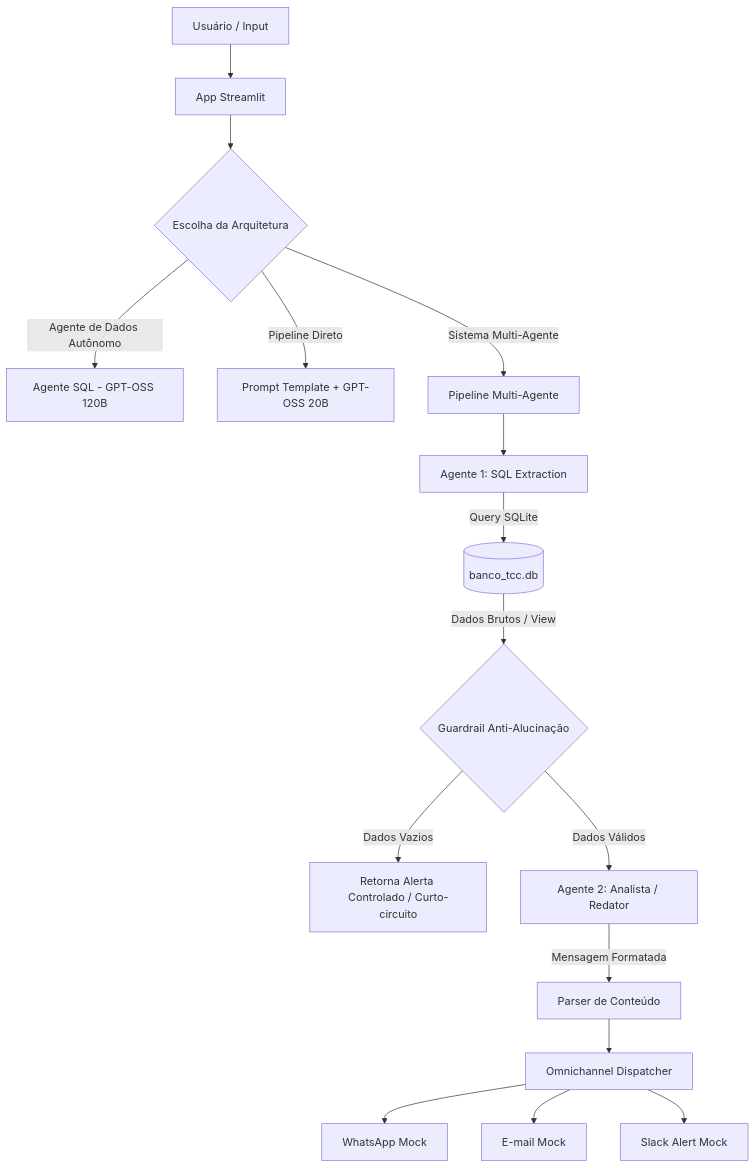
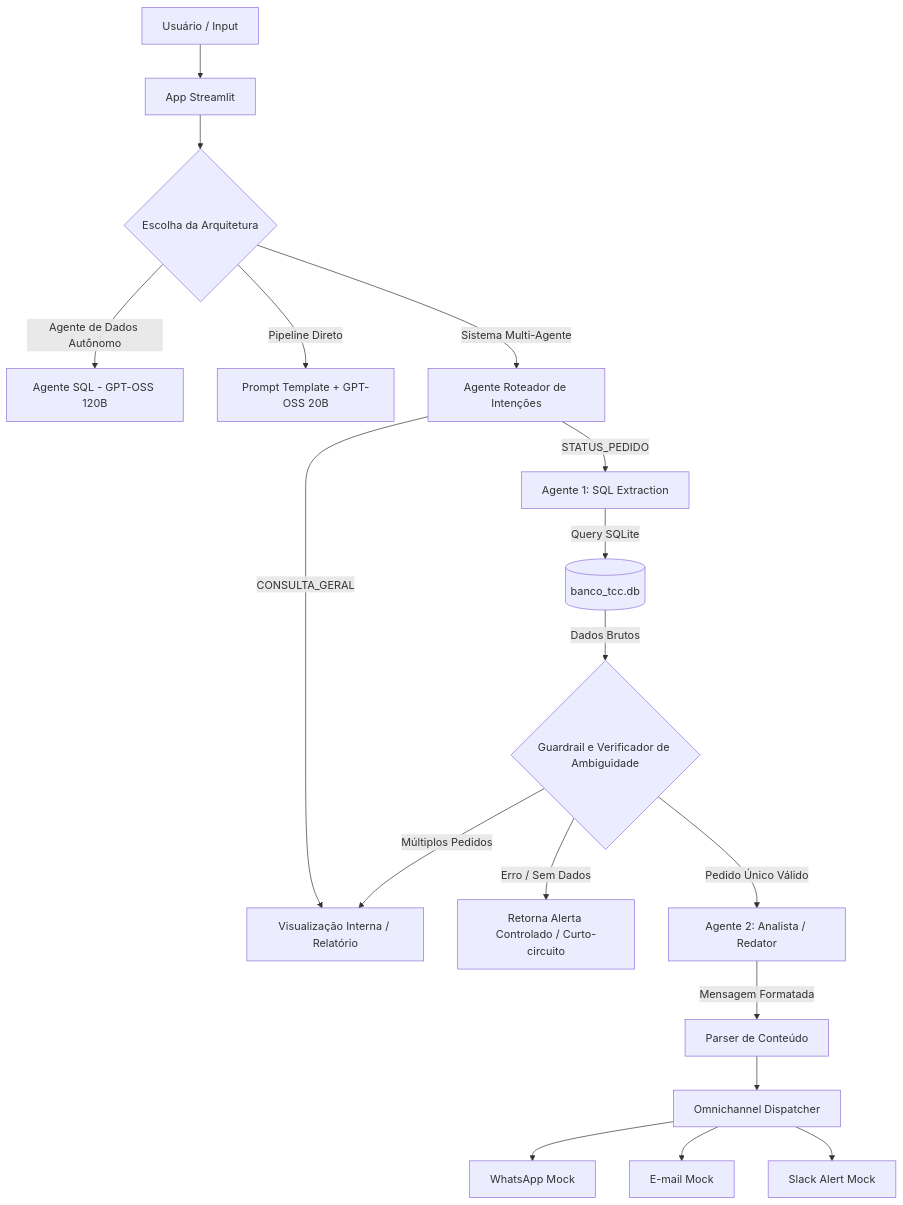
One commit to GabiAc/tcc-agente-ia-logistica changed the diagram in readme.md. Above: the diagram before and after it, drawn with Mermaid.

Commit message:
Atualizacao do diagrama Mermaid para incluir o Agente Roteador de Intencoes e caminhos de desvio

````diff
--- a/readme.md
+++ b/readme.md
@@ -51,22 +51,25 @@
 ```mermaid
 graph TD
     A[Usuário / Input] --> B[App Streamlit]
     B --> C{Escolha da Arquitetura}
     C -->|Agente de Dados Autônomo| D[Agente SQL - GPT-OSS 120B]
     C -->|Pipeline Direto| E[Prompt Template + GPT-OSS 20B]
-    C -->|Sistema Multi-Agente| F[Pipeline Multi-Agente]
+    C -->|Sistema Multi-Agente| F[Agente Roteador de Intenções]
     
-    F --> G[Agente 1: SQL Extraction]
+    F -->|STATUS_PEDIDO| G[Agente 1: SQL Extraction]
+    F -->|CONSULTA_GERAL| J2[Visualização Interna / Relatório]
+    
     G -->|Query SQLite| H[(banco_tcc.db)]
-    H -->|Dados Brutos / View| I{Guardrail Anti-Alucinação}
+    H -->|Dados Brutos| I{Guardrail e Verificador de Ambiguidade}
     
-    I -->|Dados Vazios| J[Retorna Alerta Controlado / Curto-circuito]
-    I -->|Dados Válidos| K[Agente 2: Analista / Redator]
+    I -->|Erro / Sem Dados| J[Retorna Alerta Controlado / Curto-circuito]
+    I -->|Múltiplos Pedidos| J2
+    I -->|Pedido Único Válido| K[Agente 2: Analista / Redator]
     
     K -->|Mensagem Formatada| L[Parser de Conteúdo]
     L --> M[Omnichannel Dispatcher]
     
     M --> N[WhatsApp Mock]
     M --> O[E-mail Mock]
     M --> P[Slack Alert Mock]
 ```
````
